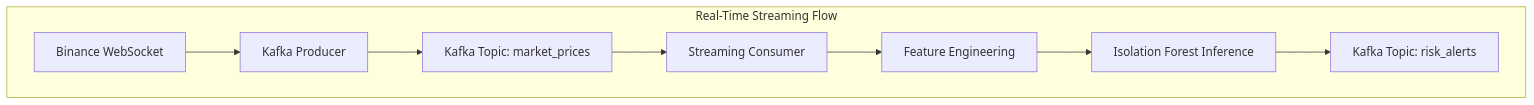
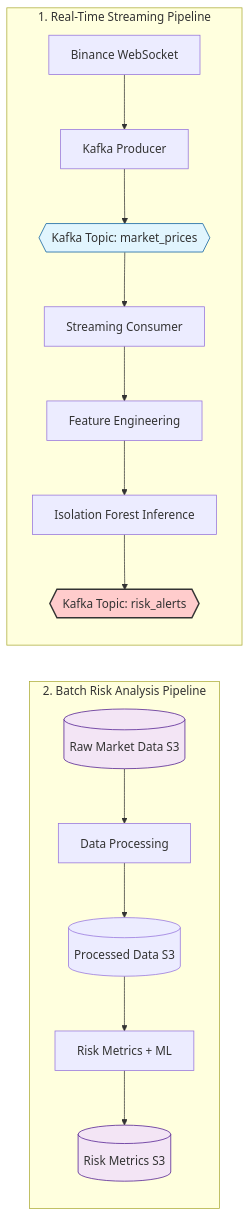
Before and after one commit to JoelChandanshiv/MarketPulse: the diagram in README.md, drawn with Mermaid.

````diff
--- a/README.md
+++ b/README.md
@@ -34,11 +34,31 @@
 ```mermaid
 graph TD
-    subgraph "Real-Time Streaming Flow"
+    %% Real-Time Section
+    subgraph "1. Real-Time Streaming Pipeline"
+        direction TB
         A[Binance WebSocket] --> B[Kafka Producer]
-        B --> C[Kafka Topic: market_prices]
+        B --> C{{"Kafka Topic: market_prices"}}
         C --> D[Streaming Consumer]
         D --> E[Feature Engineering]
         E --> F[Isolation Forest Inference]
-        F --> G[Kafka Topic: risk_alerts]
+        F --> G{{"Kafka Topic: risk_alerts"}}
     end
+
+    %% Spacer (Invisible link to force vertical layout)
+    G ~~~ H
+
+    %% Batch Section
+    subgraph "2. Batch Risk Analysis Pipeline"
+        direction TB
+        H[(Raw Market Data S3)] --> I[Data Processing]
+        I --> J[(Processed Data S3)]
+        J --> K[Risk Metrics + ML]
+        K --> L[(Risk Metrics S3)]
+    end
+
+    %% Styling
+    style G fill:#ffcccc,stroke:#333,stroke-width:2px
+    style C fill:#e1f5fe,stroke:#01579b
+    style H fill:#f3e5f5,stroke:#4a148c
+    style L fill:#f3e5f5,stroke:#4a148c
 ```
````
